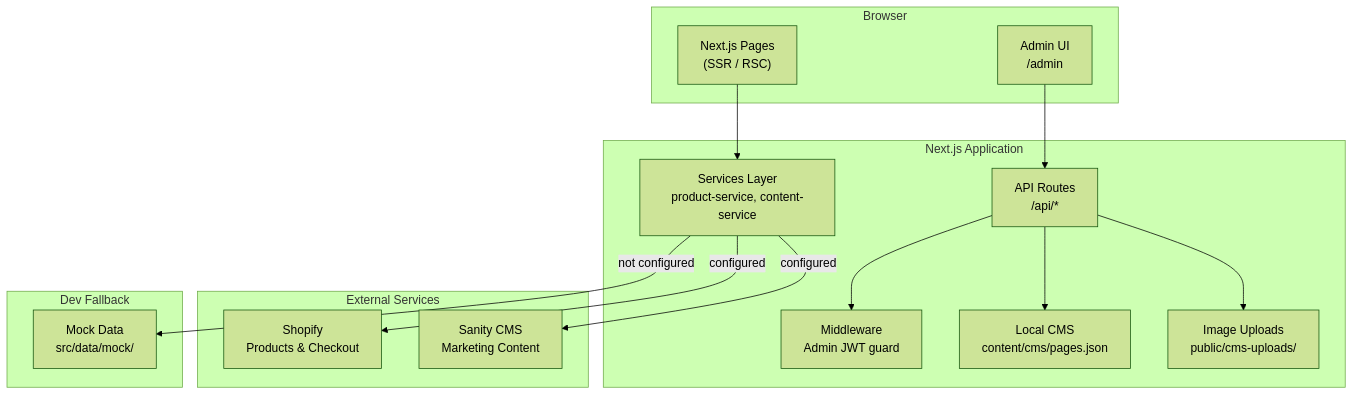
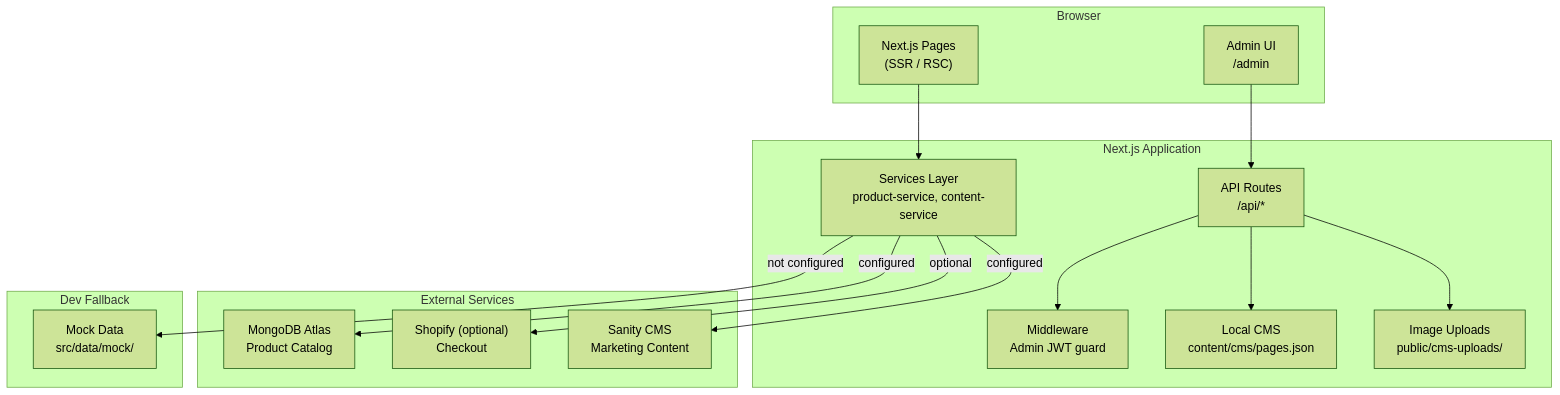
The diagram in ARCHITECTURE.md (devceyloe-cell/ceyloe-web-v1), drawn with Mermaid (forest theme) before and after one commit. The commit also changed other lines of this file and 45 other files, not shown here.

````diff
--- a/ARCHITECTURE.md
+++ b/ARCHITECTURE.md
@@ -61,34 +62,36 @@
 ```mermaid
 flowchart TB
     subgraph Client["Browser"]
         Pages["Next.js Pages<br/>(SSR / RSC)"]
         AdminUI["Admin UI<br/>/admin"]
     end
 
     subgraph NextApp["Next.js Application"]
         Services["Services Layer<br/>product-service, content-service"]
         BFF["API Routes<br/>/api/*"]
         Middleware["Middleware<br/>Admin JWT guard"]
         LocalCMS["Local CMS<br/>content/cms/pages.json"]
         Uploads["Image Uploads<br/>public/cms-uploads/"]
     end
 
     subgraph External["External Services"]
-        Shopify["Shopify<br/>Products & Checkout"]
+        MongoDB["MongoDB Atlas<br/>Product Catalog"]
+        Shopify["Shopify (optional)<br/>Checkout"]
         Sanity["Sanity CMS<br/>Marketing Content"]
     end
 
     subgraph Fallback["Dev Fallback"]
         Mock["Mock Data<br/>src/data/mock/"]
     end
 
     Pages --> Services
     AdminUI --> BFF
     BFF --> Middleware
     BFF --> LocalCMS
     BFF --> Uploads
 
-    Services -->|configured| Shopify
+    Services -->|configured| MongoDB
+    Services -->|optional| Shopify
     Services -->|configured| Sanity
     Services -->|not configured| Mock
 ```
````
